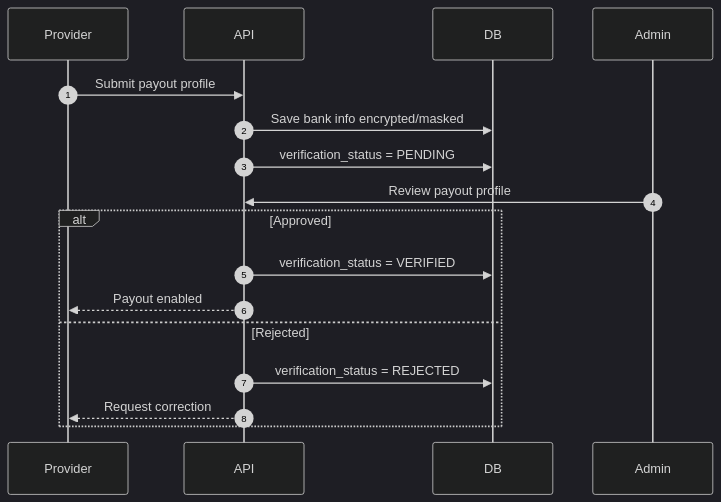
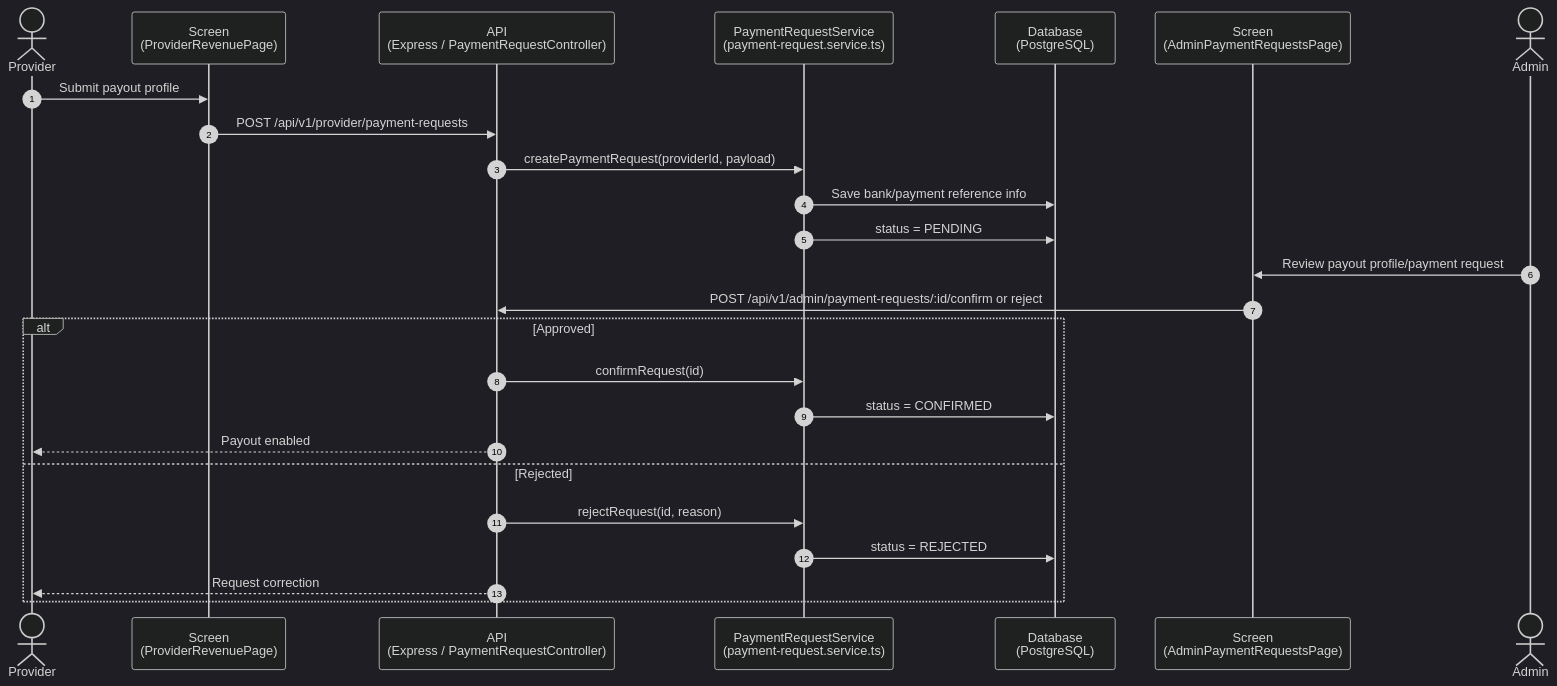
Before and after one commit to RCField-SEP490/rcfield-spec: the second of 5 diagrams in docs/diagrams/sequence/sequence-flow-revenue-payout.md, drawn with Mermaid (dark theme). The commit also changed other lines of this file and 15 other files, not shown here.

First line of the commit message:
Add sequence flow diagrams for provider, staff, and supporting operations

````diff
--- a/docs/diagrams/sequence/sequence-flow-revenue-payout.md
+++ b/docs/diagrams/sequence/sequence-flow-revenue-payout.md
@@ -35,20 +42,28 @@
 ```mermaid
 sequenceDiagram
     autonumber
-    participant P as Provider
-    participant API as API
-    participant DB as DB
-    participant A as Admin
+    actor P as Provider
+    participant FE as Screen<br/>(ProviderRevenuePage)
+    participant API as API<br/>(Express / PaymentRequestController)
+    participant SVC as PaymentRequestService<br/>(payment-request.service.ts)
+    participant DB as Database<br/>(PostgreSQL)
+    participant AFE as Screen<br/>(AdminPaymentRequestsPage)
+    actor A as Admin
 
-    P->>API: Submit payout profile
-    API->>DB: Save bank info encrypted/masked
-    API->>DB: verification_status = PENDING
-    A->>API: Review payout profile
+    P->>FE: Submit payout profile
+    FE->>API: POST /api/v1/provider/payment-requests
+    API->>SVC: createPaymentRequest(providerId, payload)
+    SVC->>DB: Save bank/payment reference info
+    SVC->>DB: status = PENDING
+    A->>AFE: Review payout profile/payment request
+    AFE->>API: POST /api/v1/admin/payment-requests/:id/confirm or reject
     alt Approved
-        API->>DB: verification_status = VERIFIED
+        API->>SVC: confirmRequest(id)
+        SVC->>DB: status = CONFIRMED
         API-->>P: Payout enabled
     else Rejected
-        API->>DB: verification_status = REJECTED
+        API->>SVC: rejectRequest(id, reason)
+        SVC->>DB: status = REJECTED
         API-->>P: Request correction
     end
 ```
````
